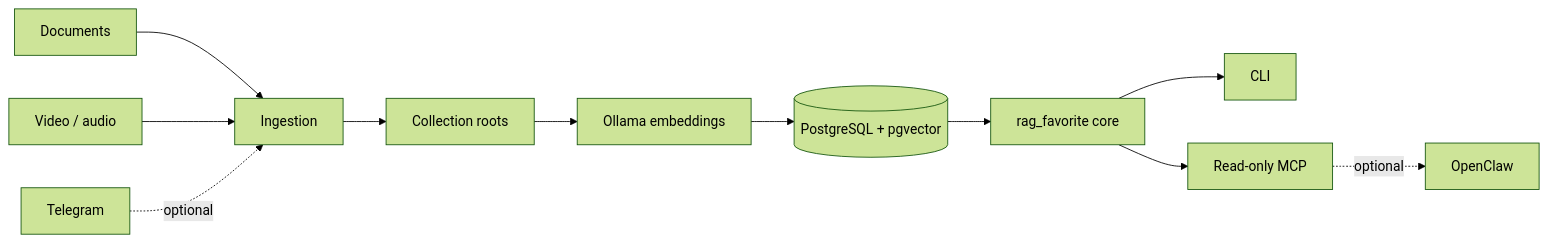
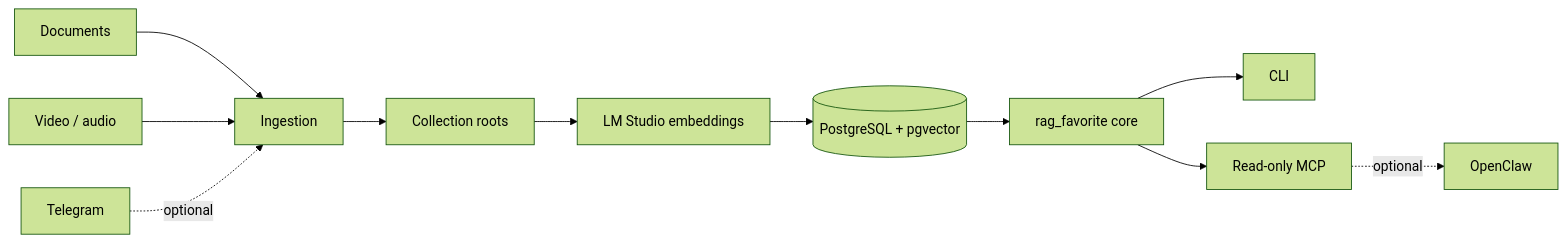
The diagram in README.md (tzuo5/rag_favorite), drawn with Mermaid (forest theme) before and after one commit. The commit also changed other lines of this file and 221 other files, not shown here.

````diff
--- a/README.md
+++ b/README.md
@@ -197,13 +223,13 @@
 ```mermaid
 flowchart LR
     A[Documents] --> I[Ingestion]
     B[Video / audio] --> I
     C[Telegram] -. optional .-> I
     I --> K[Collection roots]
-    K --> E[Ollama embeddings]
+    K --> E[LM Studio embeddings]
     E --> P[(PostgreSQL + pgvector)]
     P --> R[rag_favorite core]
     R --> CLI[CLI]
     R --> MCP[Read-only MCP]
     MCP -. optional .-> OC[OpenClaw]
 ```
````
